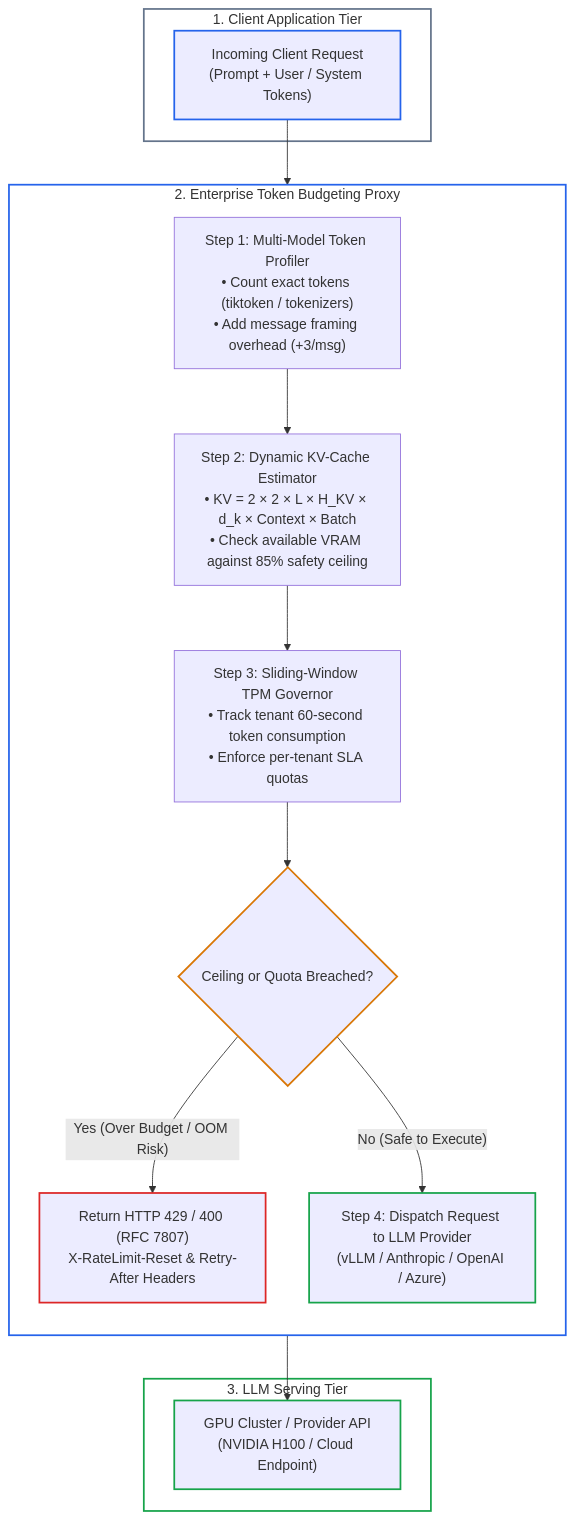
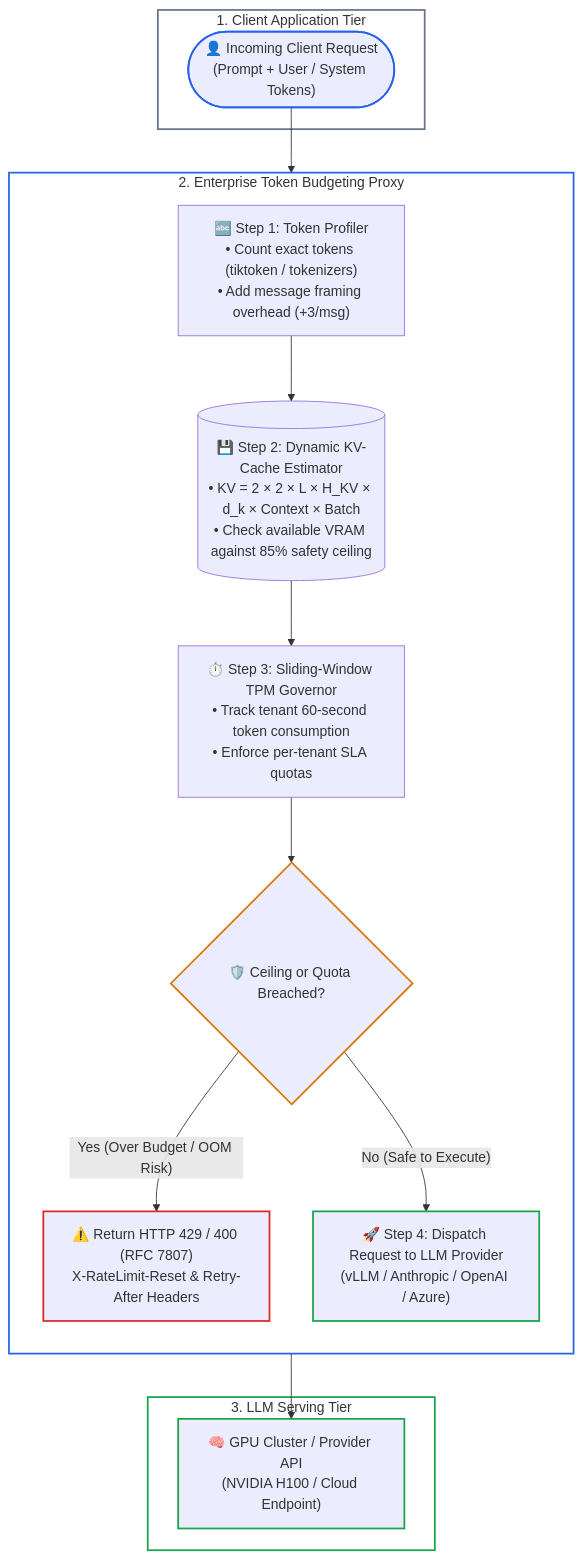
Before and after one commit to dip4k/senior-engineer-to-ai-engineer-roadmap: the diagram in 00-foundations-and-token-mechanics/labs/capstone-token-economics-analyzer.md, drawn with Mermaid. The commit also changed 39 other files, not shown here.

First line of the commit message:
feat(curriculum): upgrade mermaid diagrams with unicode icons & codify anti-bloat layout rules

````diff
--- a/00-foundations-and-token-mechanics/labs/capstone-token-economics-analyzer.md
+++ b/00-foundations-and-token-mechanics/labs/capstone-token-economics-analyzer.md
@@ -24,43 +24,43 @@
 ```mermaid
 flowchart TD
     subgraph CLIENT_TIER["1. Client Application Tier"]
-        Req["Incoming Client Request<br>(Prompt + User / System Tokens)"]
+        Req(["👤 Incoming Client Request<br>(Prompt + User / System Tokens)"])
     end
 
     subgraph PROXY_TIER["2. Enterprise Token Budgeting Proxy"]
         direction TB
 
-        T_Profile["Step 1: Multi-Model Token Profiler<br>• Count exact tokens (tiktoken / tokenizers)<br>• Add message framing overhead (+3/msg)"]
+        T_Profile["🔤 Step 1: Token Profiler<br>• Count exact tokens (tiktoken / tokenizers)<br>• Add message framing overhead (+3/msg)"]
         
-        KV_Calc["Step 2: Dynamic KV-Cache Estimator<br>• KV = 2 × 2 × L × H_KV × d_k × Context × Batch<br>• Check available VRAM against 85% safety ceiling"]
+        KV_Calc[("💾 Step 2: Dynamic KV-Cache Estimator<br>• KV = 2 × 2 × L × H_KV × d_k × Context × Batch<br>• Check available VRAM against 85% safety ceiling")]
         
-        TPM_Check["Step 3: Sliding-Window TPM Governor<br>• Track tenant 60-second token consumption<br>• Enforce per-tenant SLA quotas"]
+        TPM_Check["⏱️ Step 3: Sliding-Window TPM Governor<br>• Track tenant 60-second token consumption<br>• Enforce per-tenant SLA quotas"]
         
-        Breach{"Ceiling or Quota Breached?"}
+        Breach{"🛡️ Ceiling or Quota Breached?"}
         
-        Err429["Return HTTP 429 / 400 (RFC 7807)<br>X-RateLimit-Reset & Retry-After Headers"]
-        Dispatch["Step 4: Dispatch Request to LLM Provider<br>(vLLM / Anthropic / OpenAI / Azure)"]
+        Err429["⚠️ Return HTTP 429 / 400 (RFC 7807)<br>X-RateLimit-Reset & Retry-After Headers"]
+        Dispatch["🚀 Step 4: Dispatch Request to LLM Provider<br>(vLLM / Anthropic / OpenAI / Azure)"]
 
         Req --> T_Profile
         T_Profile --> KV_Calc
         KV_Calc --> TPM_Check
         TPM_Check --> Breach
         Breach -- "Yes (Over Budget / OOM Risk)" --> Err429
         Breach -- "No (Safe to Execute)" --> Dispatch
     end
 
     subgraph BACKEND_TIER["3. LLM Serving Tier"]
-        GPU_Cluster["GPU Cluster / Provider API<br>(NVIDIA H100 / Cloud Endpoint)"]
+        GPU_Cluster["🧠 GPU Cluster / Provider API<br>(NVIDIA H100 / Cloud Endpoint)"]
         Dispatch --> GPU_Cluster
     end
 
     style CLIENT_TIER fill:none,stroke:#64748b,stroke-width:2px
     style PROXY_TIER fill:none,stroke:#2563eb,stroke-width:2px
     style BACKEND_TIER fill:none,stroke:#16a34a,stroke-width:2px
 
     style Req stroke:#2563eb,stroke-width:2px
     style Breach stroke:#d97706,stroke-width:2px
     style Err429 stroke:#dc2626,stroke-width:2px
     style Dispatch stroke:#16a34a,stroke-width:2px
     style GPU_Cluster stroke:#16a34a,stroke-width:2px
 ```
````
